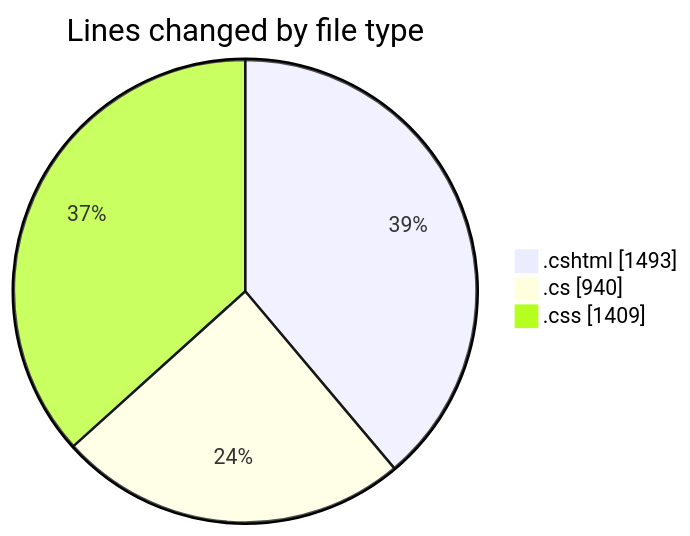
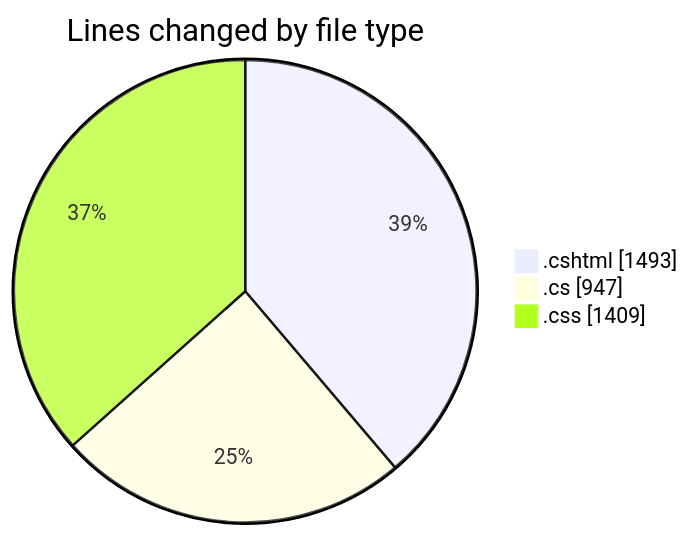
One commit to lephambinh05/code-tracking changed the first of 2 diagrams in 2025-07-18/nhahang/README.md. Above: the diagram before and after it, drawn with Mermaid. The commit also changed other lines of this file and 1 other file, not shown here.

````diff
--- a/2025-07-18/nhahang/README.md
+++ b/2025-07-18/nhahang/README.md
@@ -45,7 +45,7 @@
 ```mermaid
 pie showData
 title Lines changed by file type
 ".cshtml" : 1493
-".cs" : 940
+".cs" : 947
 ".css" : 1409
 ```
````
